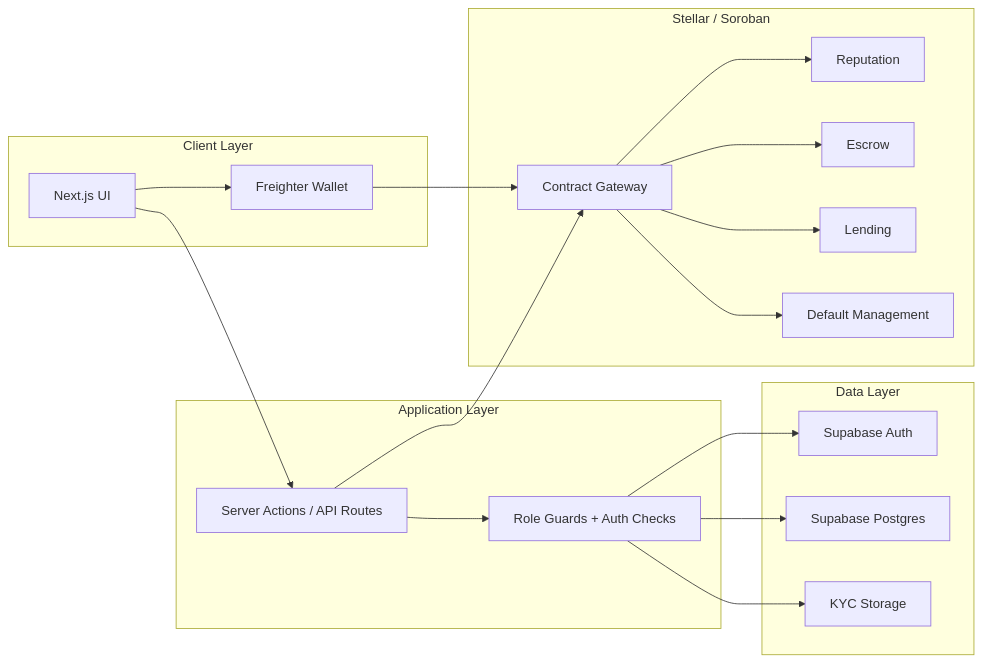
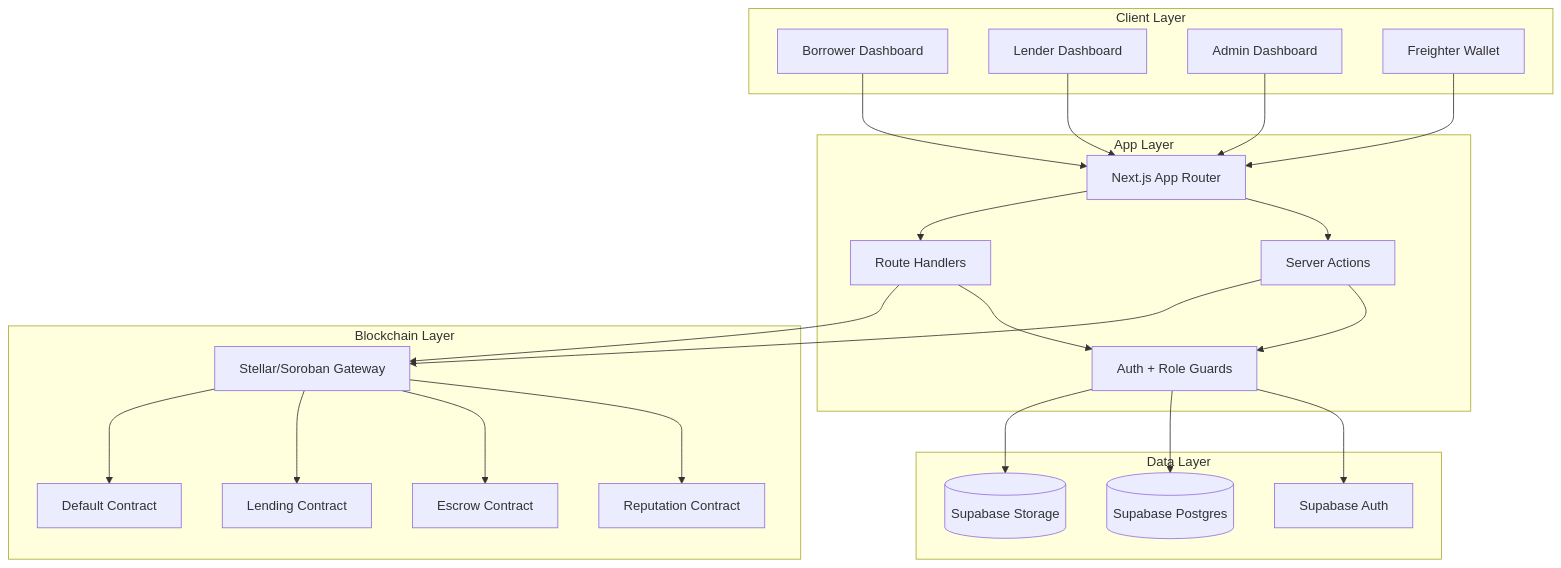
The diagram in README.md (thisisouvik/trustlend-stellar), drawn with Mermaid before and after one commit. The commit also changed other lines of this file, not shown here.

````diff
--- a/README.md
+++ b/README.md
@@ -105,39 +122,52 @@
 ```mermaid
-flowchart LR
-  subgraph Client[Client Layer]
-    UI[Next.js UI]
-    W[Freighter Wallet]
-  end
+graph TB
+    subgraph "Client Layer"
+        Borrower[Borrower Dashboard]
+        Lender[Lender Dashboard]
+        Admin[Admin Dashboard]
+        Wallet[Freighter Wallet]
+    end
 
-  subgraph App[Application Layer]
-    R[Server Actions / API Routes]
-    G[Role Guards + Auth Checks]
-  end
+    subgraph "App Layer"
+        Next[Next.js App Router]
+        Actions[Server Actions]
+        API[Route Handlers]
+        Guards[Auth + Role Guards]
+    end
 
-  subgraph Data[Data Layer]
-    S[Supabase Auth]
-    P[Supabase Postgres]
-    K[KYC Storage]
-  end
+    subgraph "Data Layer"
+        Auth[Supabase Auth]
+        DB[(Supabase Postgres)]
+        Storage[(Supabase Storage)]
+    end
 
-  subgraph Chain[Stellar / Soroban]
-    C0[Contract Gateway]
-    C1[Reputation]
-    C2[Escrow]
-    C3[Lending]
-    C4[Default Management]
-  end
+    subgraph "Blockchain Layer"
+        Gateway[Stellar/Soroban Gateway]
+        Reputation[Reputation Contract]
+        Escrow[Escrow Contract]
+        Lending[Lending Contract]
+        Default[Default Contract]
+    end
 
-  UI --> R
-  UI --> W
-  R --> G
-  G --> S
-  G --> P
-  G --> K
-  R --> C0
-  W --> C0
-  C0 --> C1
-  C0 --> C2
-  C0 --> C3
-  C0 --> C4
+    Borrower --> Next
+    Lender --> Next
+    Admin --> Next
+    Wallet --> Next
+
+    Next --> Actions
+    Next --> API
+    Actions --> Guards
+    API --> Guards
+
+    Guards --> Auth
+    Guards --> DB
+    Guards --> Storage
+
+    API --> Gateway
+    Actions --> Gateway
+
+    Gateway --> Reputation
+    Gateway --> Escrow
+    Gateway --> Lending
+    Gateway --> Default
 ```
````
